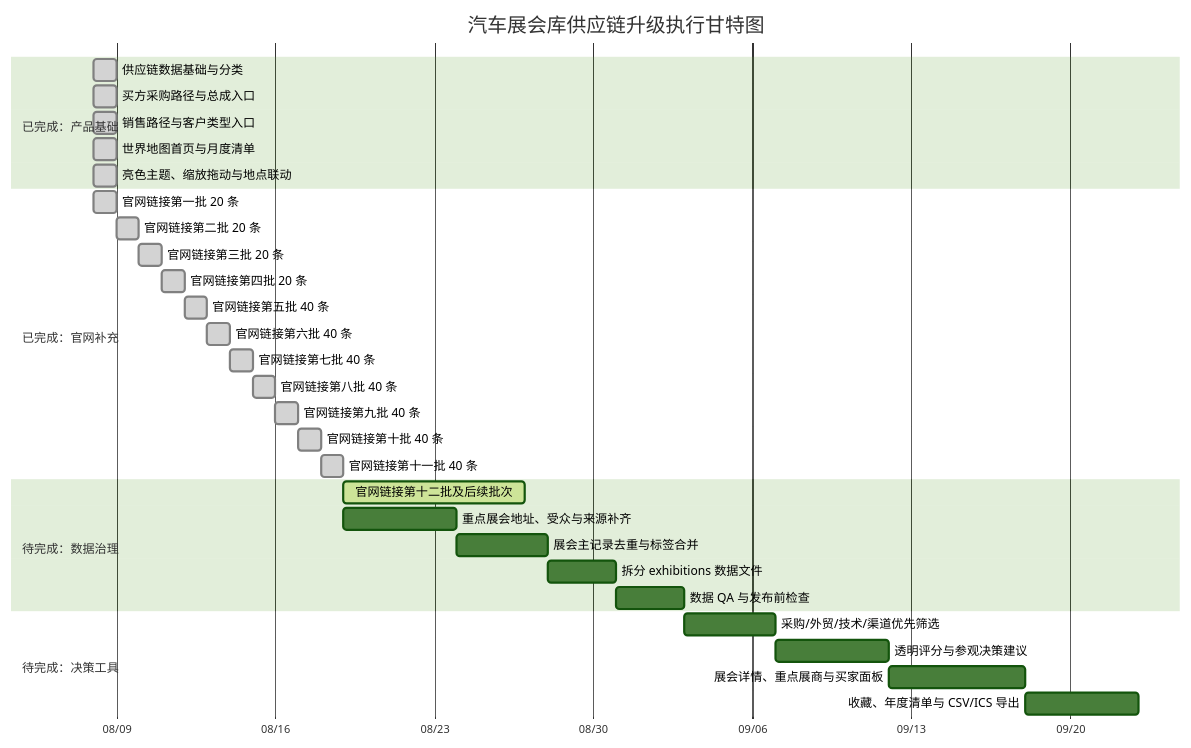
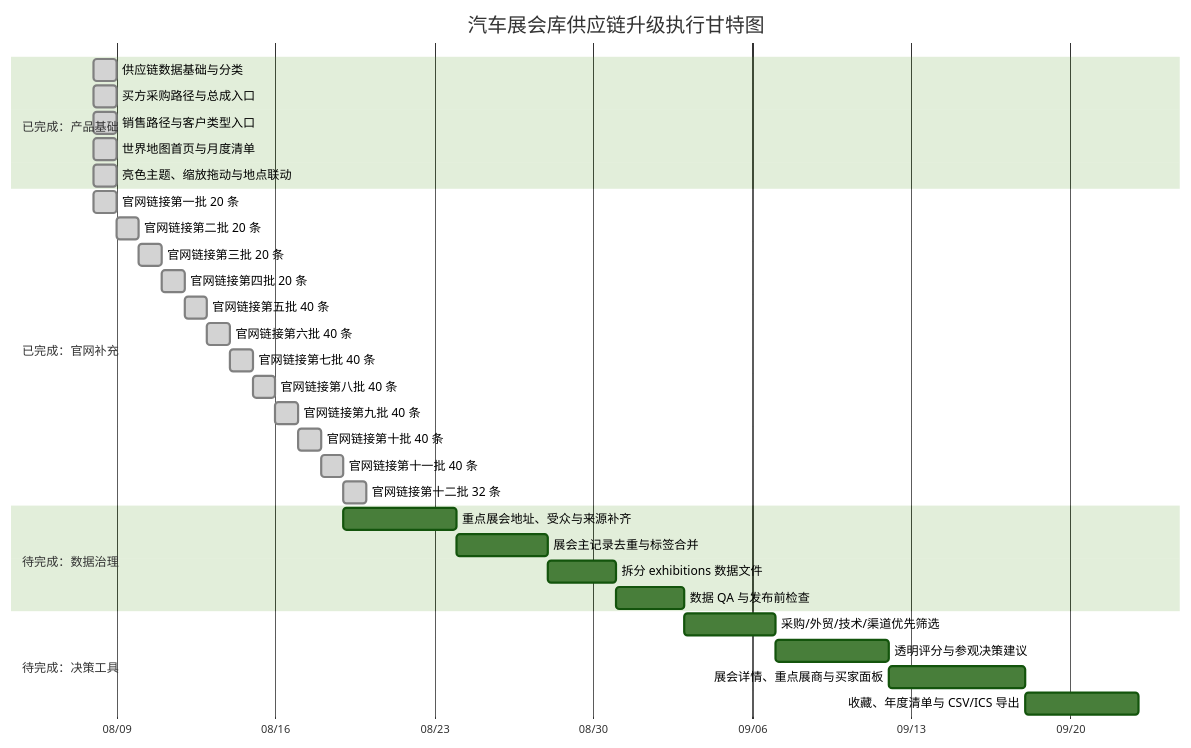
Before and after one commit to Cloudyluk/auto-expo: the diagram in docs/PROJECT_PROGRESS.md, drawn with Mermaid (forest theme). The commit also changed other lines of this file and 2 other files, not shown here.

````diff
--- a/docs/PROJECT_PROGRESS.md
+++ b/docs/PROJECT_PROGRESS.md
@@ -19,35 +19,35 @@
 ```mermaid
 gantt
     title 汽车展会库供应链升级执行甘特图
     dateFormat  YYYY-MM-DD
     axisFormat  %m/%d
     section 已完成：产品基础
     供应链数据基础与分类             :done, foundation, 2026-08-08, 1d
     买方采购路径与总成入口           :done, buyer, 2026-08-08, 1d
     销售路径与客户类型入口           :done, seller, 2026-08-08, 1d
     世界地图首页与月度清单           :done, map, 2026-08-08, 1d
     亮色主题、缩放拖动与地点联动     :done, interaction, 2026-08-08, 1d
     section 已完成：官网补充
     官网链接第一批 20 条             :done, links1, 2026-08-08, 1d
     官网链接第二批 20 条             :done, links2, after links1, 1d
     官网链接第三批 20 条             :done, links3, after links2, 1d
     官网链接第四批 20 条             :done, links4, after links3, 1d
     官网链接第五批 40 条             :done, links5done, after links4, 1d
     官网链接第六批 40 条             :done, links6done, after links5done, 1d
     官网链接第七批 40 条             :done, links7done, after links6done, 1d
     官网链接第八批 40 条             :done, links8done, after links7done, 1d
     官网链接第九批 40 条             :done, links9done, after links8done, 1d
     官网链接第十批 40 条             :done, links10done, after links9done, 1d
     官网链接第十一批 40 条           :done, links11done, after links10done, 1d
+    官网链接第十二批 32 条           :done, links12done, after links11done, 1d
     section 待完成：数据治理
-    官网链接第十二批及后续批次       :active, links12, after links11done, 8d
     重点展会地址、受众与来源补齐     :fields, after links5, 5d
     展会主记录去重与标签合并         :dedupe, after fields, 4d
     拆分 exhibitions 数据文件        :split, after dedupe, 3d
     数据 QA 与发布前检查              :qa, after split, 3d
     section 待完成：决策工具
     采购/外贸/技术/渠道优先筛选       :filters, after qa, 4d
     透明评分与参观决策建议           :score, after filters, 5d
     展会详情、重点展商与买家面板      :detail, after score, 6d
     收藏、年度清单与 CSV/ICS 导出     :plan, after detail, 5d
 ```
````
